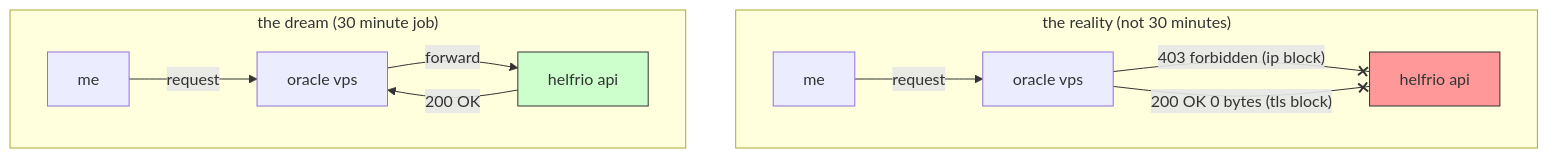
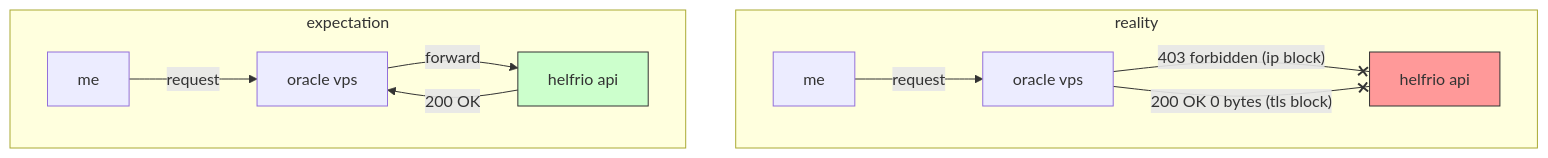
Before and after one commit to Microck/ja3-bypass-gateway: the first of 5 diagrams in README.md, drawn with Mermaid.

Commit message:
Update README with improved subgraph labels

````diff
--- a/README.md
+++ b/README.md
@@ -23,17 +23,17 @@
 ```mermaid
 graph TD
-    subgraph "the reality (not 30 minutes)"
+    subgraph "reality"
         Laptop2[me] -->|request| VPS2[oracle vps]
         VPS2 -- "403 forbidden (ip block)" --x API2[helfrio api]
         VPS2 -- "200 OK 0 bytes (tls block)" --x API2
     end
 
-    subgraph "the dream (30 minute job)"
+    subgraph "expectation"
         Laptop1[me] -->|request| VPS1[oracle vps]
         VPS1 -->|forward| API1[helfrio api]
         API1 -->|200 OK| VPS1
     end
     
     style API1 fill:#ccffcc,stroke:#333
     style API2 fill:#ff9999,stroke:#333
 ```
````
